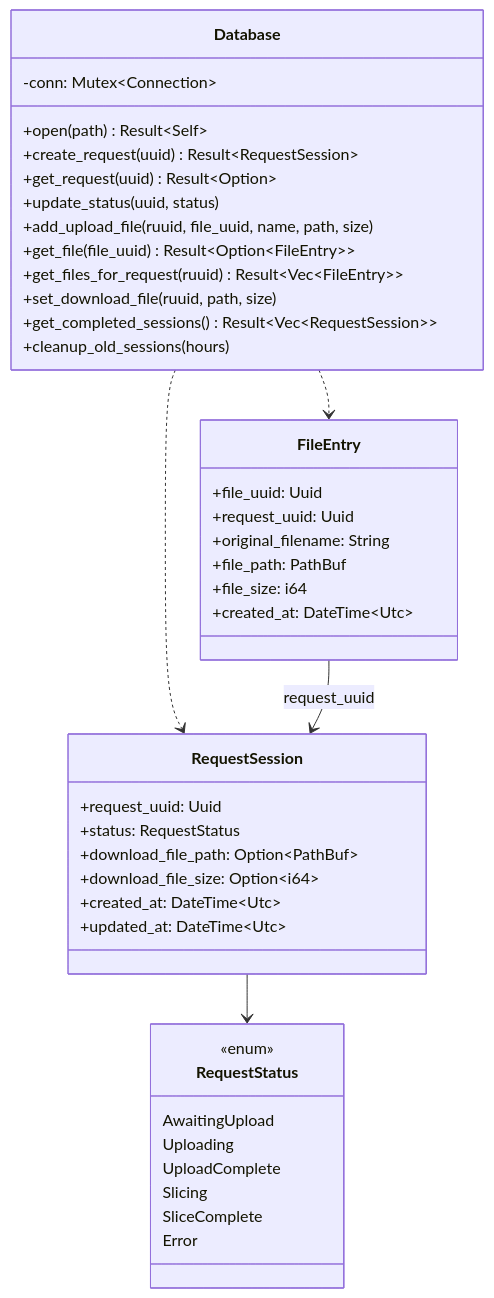
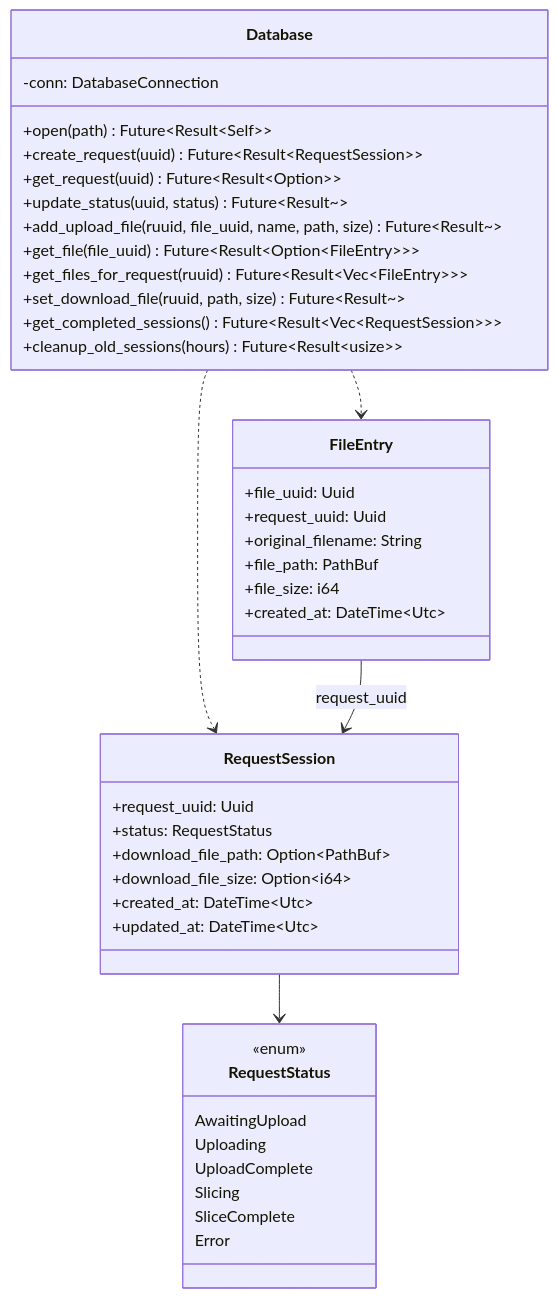
The second of 3 diagrams in src/db/README.md (max-scopp/slicer-engine), drawn with Mermaid before and after one commit. The commit also changed other lines of this file and 12 other files, not shown here.

````diff
--- a/src/db/README.md
+++ b/src/db/README.md
@@ -114,45 +136,45 @@
 ```mermaid
 classDiagram
     class Database {
-        -conn: Mutex~Connection~
-        +open(path) Result~Self~
-        +create_request(uuid) Result~RequestSession~
-        +get_request(uuid) Result~Option~
-        +update_status(uuid, status)
-        +add_upload_file(ruuid, file_uuid, name, path, size)
-        +get_file(file_uuid) Result~Option~FileEntry~~
-        +get_files_for_request(ruuid) Result~Vec~FileEntry~~
-        +set_download_file(ruuid, path, size)
-        +get_completed_sessions() Result~Vec~RequestSession~~
-        +cleanup_old_sessions(hours)
+        -conn: DatabaseConnection
+        +open(path) Future~Result~Self~~
+        +create_request(uuid) Future~Result~RequestSession~~
+        +get_request(uuid) Future~Result~Option~~
+        +update_status(uuid, status) Future~Result~~
+        +add_upload_file(ruuid, file_uuid, name, path, size) Future~Result~~
+        +get_file(file_uuid) Future~Result~Option~FileEntry~~~
+        +get_files_for_request(ruuid) Future~Result~Vec~FileEntry~~~
+        +set_download_file(ruuid, path, size) Future~Result~~
+        +get_completed_sessions() Future~Result~Vec~RequestSession~~~
+        +cleanup_old_sessions(hours) Future~Result~usize~~
     }
     class RequestSession {
         +request_uuid: Uuid
         +status: RequestStatus
         +download_file_path: Option~PathBuf~
         +download_file_size: Option~i64~
         +created_at: DateTime~Utc~
         +updated_at: DateTime~Utc~
     }
     class FileEntry {
         +file_uuid: Uuid
         +request_uuid: Uuid
         +original_filename: String
         +file_path: PathBuf
         +file_size: i64
         +created_at: DateTime~Utc~
     }
     class RequestStatus {
         <<enum>>
         AwaitingUpload
         Uploading
         UploadComplete
         Slicing
         SliceComplete
         Error
     }
     Database ..> RequestSession
     Database ..> FileEntry
     RequestSession --> RequestStatus
     FileEntry --> RequestSession : request_uuid
 ```
````
